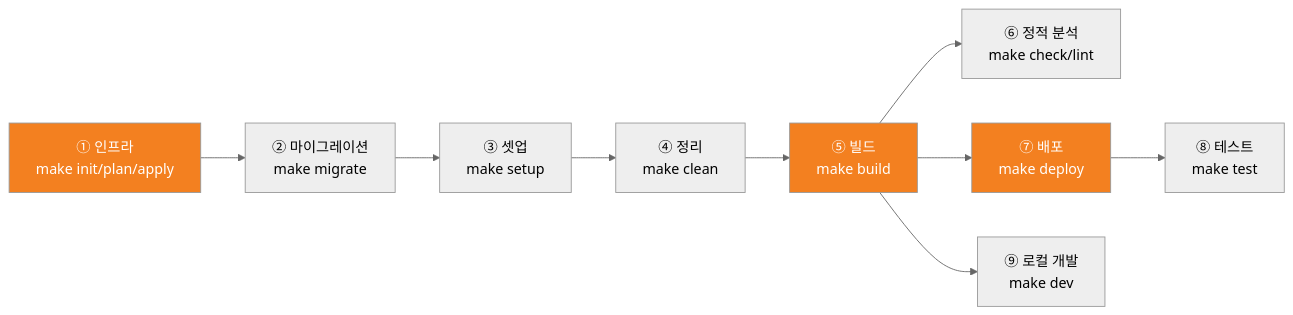
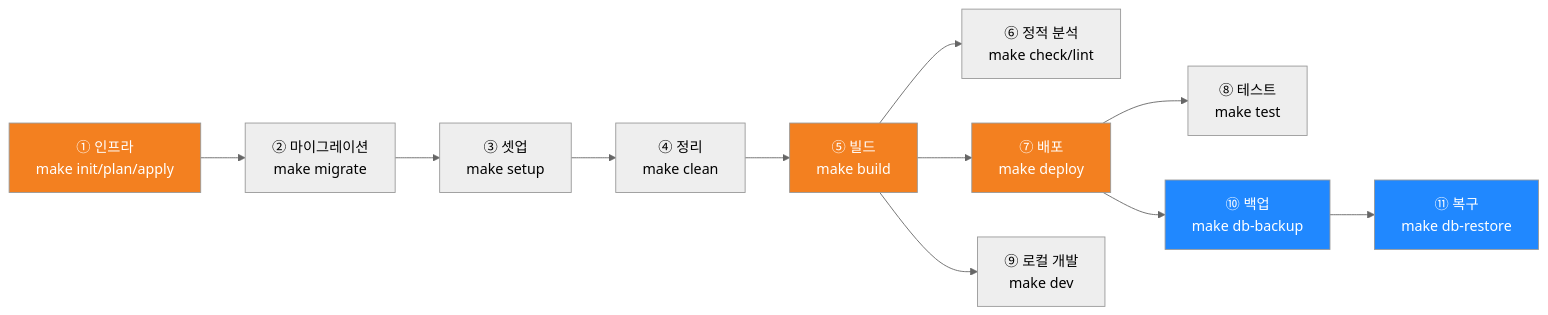
The seventh of 7 diagrams in README.md (deuxksy/PushOver), drawn with Mermaid (neutral theme) before and after one commit. The commit also changed other lines of this file and 1 other file, not shown here.

First line of the commit message:
docs: 아키텍처 다이어그램 갱신 및 데이터베이스 섹션 재구성

````diff
--- a/README.md
+++ b/README.md
@@ -247,15 +283,19 @@
 ```mermaid
 graph LR
     A[① 인프라<br/>make init/plan/apply] --> B[② 마이그레이션<br/>make migrate]
     B --> C[③ 셋업<br/>make setup]
     C --> D[④ 정리<br/>make clean]
     D --> E[⑤ 빌드<br/>make build]
     E --> F[⑥ 정적 분석<br/>make check/lint]
     E --> G[⑦ 배포<br/>make deploy]
     G --> H[⑧ 테스트<br/>make test]
     E --> I[⑨ 로컬 개발<br/>make dev]
+    G --> J[⑩ 백업<br/>make db-backup]
+    J --> K[⑪ 복구<br/>make db-restore]
 
     style A fill:#f38020,color:#fff
     style E fill:#f38020,color:#fff
     style G fill:#f38020,color:#fff
+    style J fill:#2088ff,color:#fff
+    style K fill:#2088ff,color:#fff
 ```
````
